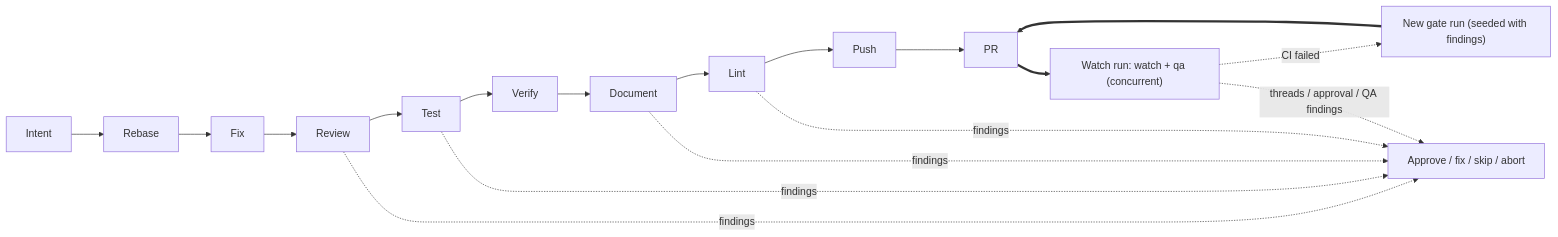
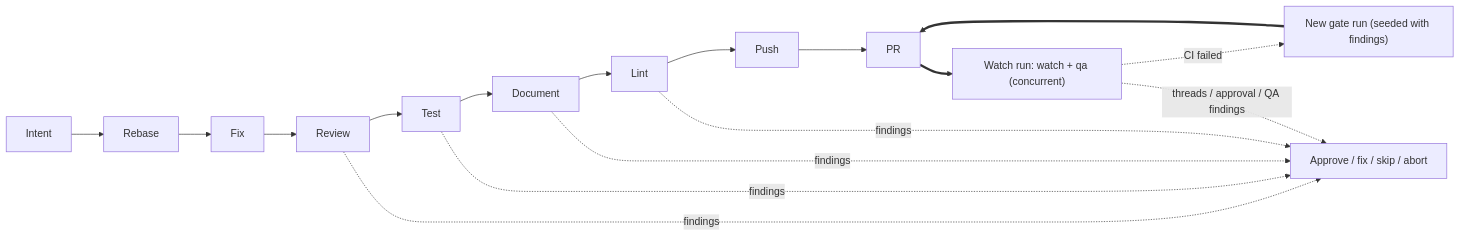
Before and after one commit to haozhenfei/no-mistakes: the diagram in docs/src/content/docs/concepts/pipeline.md, drawn with Mermaid. The commit also changed other lines of this file and 11 other files, not shown here.

First line of the commit message:
feat(pipeline): remove verify from the default gate sequence (keep the step in code)

````diff
--- a/docs/src/content/docs/concepts/pipeline.md
+++ b/docs/src/content/docs/concepts/pipeline.md
@@ -16,12 +24,12 @@
 ```mermaid
 flowchart LR
-  intent["Intent"] --> rebase["Rebase"] --> fix["Fix"] --> review["Review"] --> test["Test"] --> verify["Verify"] --> document["Document"] --> lint["Lint"] --> push["Push"] --> pr["PR"]
+  intent["Intent"] --> rebase["Rebase"] --> fix["Fix"] --> review["Review"] --> test["Test"] --> document["Document"] --> lint["Lint"] --> push["Push"] --> pr["PR"]
   pr ==> watch["Watch run: watch + qa (concurrent)"]
   review -. findings .-> action["Approve / fix / skip / abort"]
   test -. findings .-> action
   document -. findings .-> action
   lint -. findings .-> action
   watch -. "CI failed" .-> gate2["New gate run (seeded with findings)"]
   watch -. "threads / approval / QA findings" .-> action
   gate2 ==> pr
 ```
````
